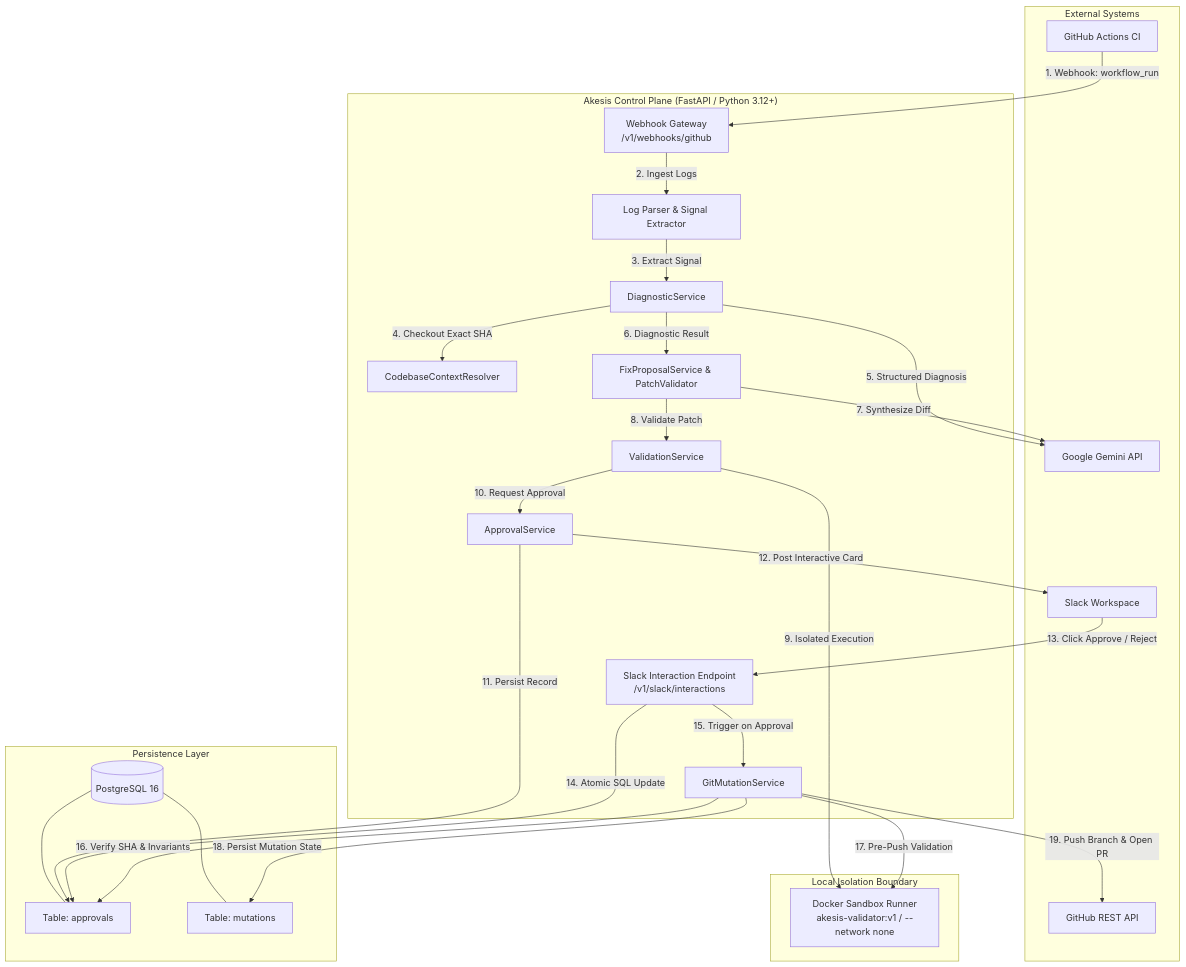
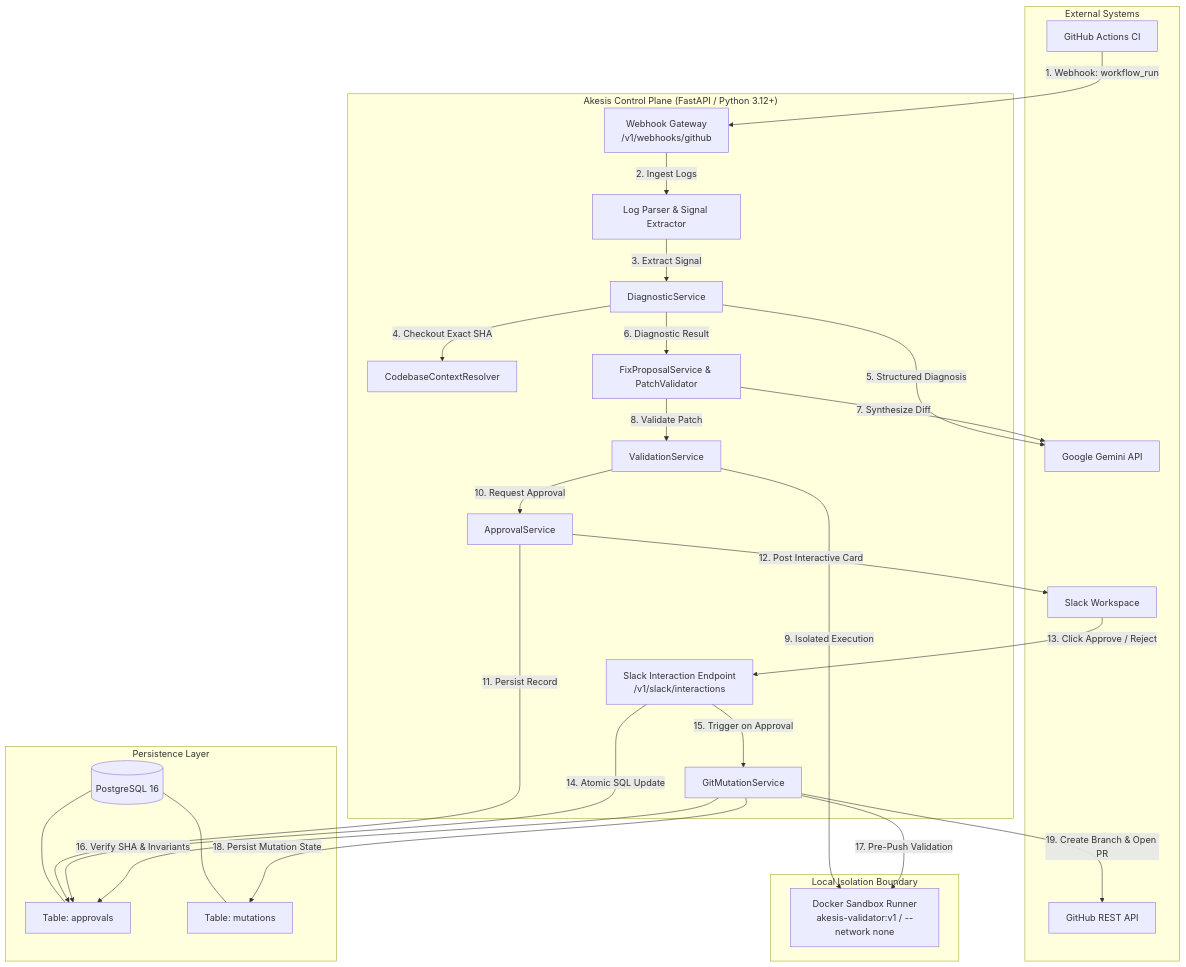
The diagram in README.md (crlabs-ai/akesis), drawn with Mermaid before and after one commit. The commit also changed other lines of this file and 22 other files, not shown here.

````diff
--- a/README.md
+++ b/README.md
@@ -75,54 +75,54 @@
 ```mermaid
 graph TD
     subgraph "External Systems"
         GHA[GitHub Actions CI]
         GHAPI[GitHub REST API]
         LLM[Google Gemini API]
         Slack[Slack Workspace]
     end
 
     subgraph "Akesis Control Plane (FastAPI / Python 3.12+)"
         Gateway[Webhook Gateway<br/>/v1/webhooks/github]
         Parser[Log Parser & Signal Extractor]
         DiagSvc[DiagnosticService]
         ContextResolver[CodebaseContextResolver]
         FixSvc[FixProposalService & PatchValidator]
         ValSvc[ValidationService]
         ApprovalSvc[ApprovalService]
         SlackEndpoint[Slack Interaction Endpoint<br/>/v1/slack/interactions]
         MutationSvc[GitMutationService]
     end
 
     subgraph "Persistence Layer"
         PG[(PostgreSQL 16)]
         ApprTable[Table: approvals]
         MutTable[Table: mutations]
         PG --- ApprTable
         PG --- MutTable
     end
 
     subgraph "Local Isolation Boundary"
         DockerBox[Docker Sandbox Runner<br/>akesis-validator:v1 / --network none]
     end
 
     GHA -->|1. Webhook: workflow_run| Gateway
     Gateway -->|2. Ingest Logs| Parser
     Parser -->|3. Extract Signal| DiagSvc
     DiagSvc -->|4. Checkout Exact SHA| ContextResolver
     DiagSvc -->|5. Structured Diagnosis| LLM
     DiagSvc -->|6. Diagnostic Result| FixSvc
     FixSvc -->|7. Synthesize Diff| LLM
     FixSvc -->|8. Validate Patch| ValSvc
     ValSvc -->|9. Isolated Execution| DockerBox
     ValSvc -->|10. Request Approval| ApprovalSvc
     ApprovalSvc -->|11. Persist Record| ApprTable
     ApprovalSvc -->|12. Post Interactive Card| Slack
 
     Slack -->|13. Click Approve / Reject| SlackEndpoint
     SlackEndpoint -->|14. Atomic SQL Update| ApprTable
     SlackEndpoint -->|15. Trigger on Approval| MutationSvc
     MutationSvc -->|16. Verify SHA & Invariants| ApprTable
     MutationSvc -->|17. Pre-Push Validation| DockerBox
     MutationSvc -->|18. Persist Mutation State| MutTable
-    MutationSvc -->|19. Push Branch & Open PR| GHAPI
+    MutationSvc -->|19. Create Branch & Open PR| GHAPI
 ```
````
